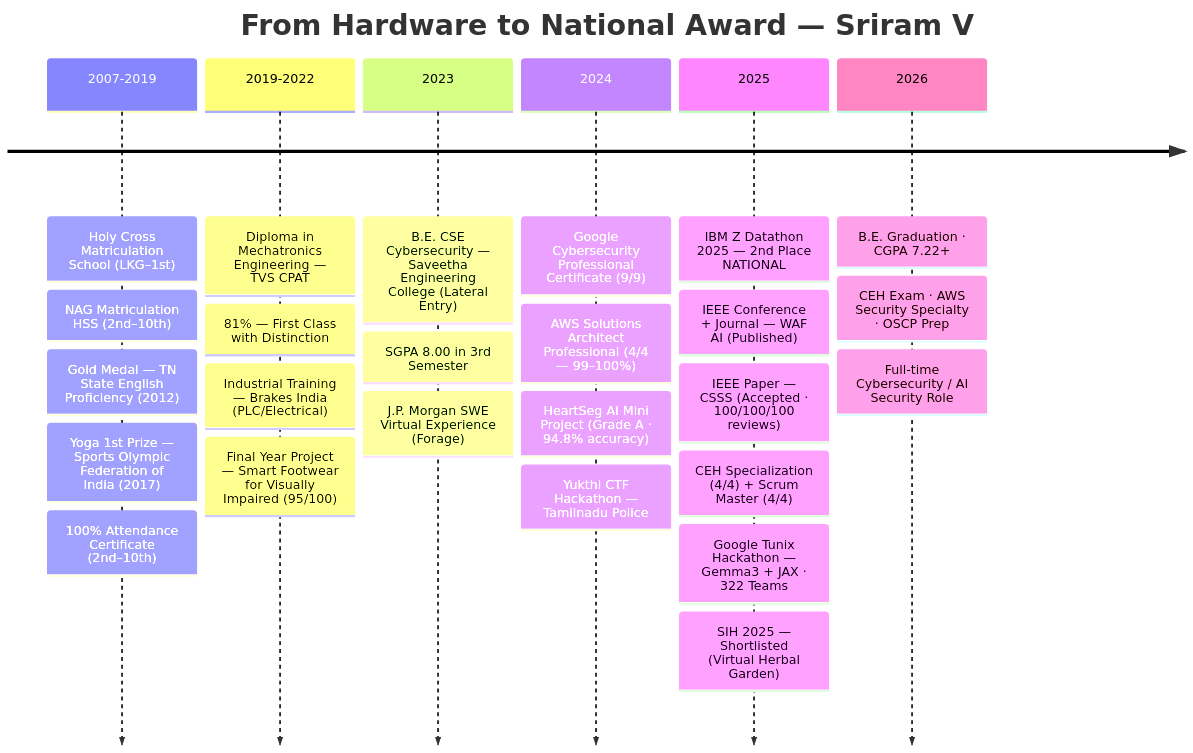
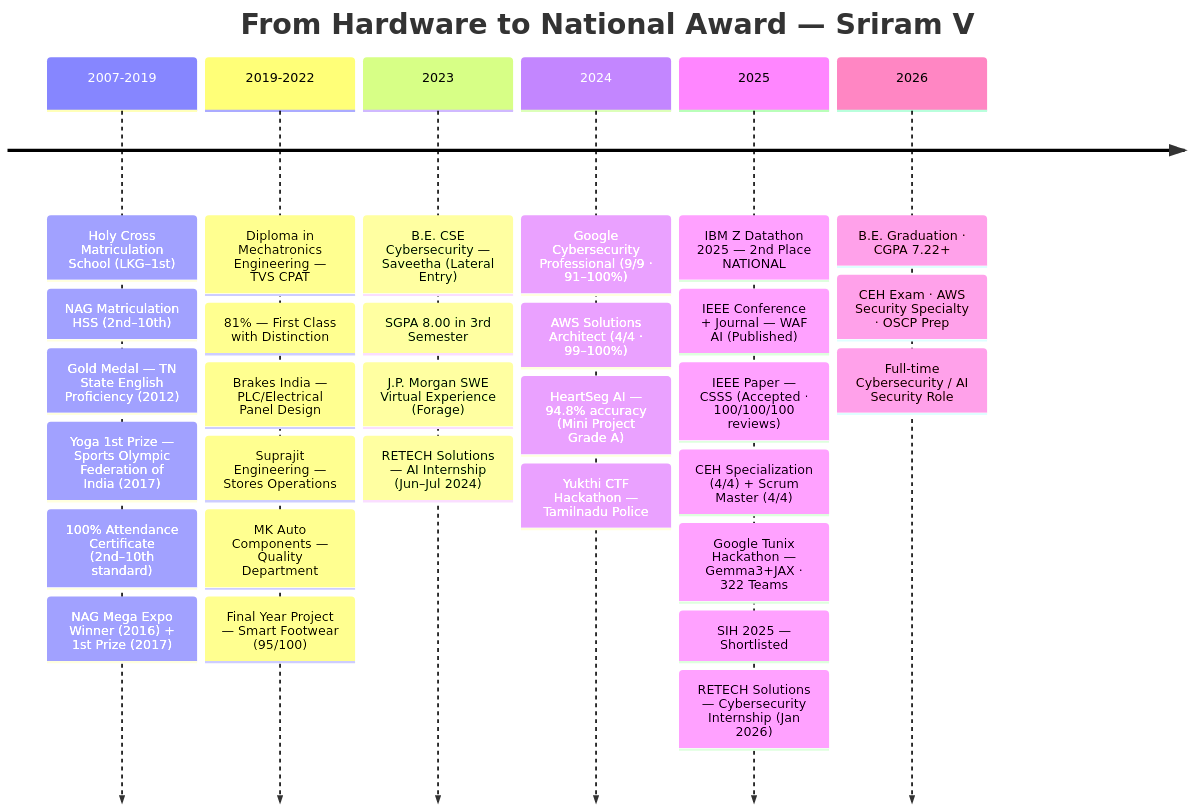
Before and after one commit to Testing-Projects-Demo/Testing-Projects-Demo: the diagram in README.md, drawn with Mermaid. The commit also changed other lines of this file, not shown here.

````diff
--- a/README.md
+++ b/README.md
@@ -400,29 +343,34 @@
 ```mermaid
 timeline
     title From Hardware to National Award — Sriram V
     2007-2019 : Holy Cross Matriculation School (LKG–1st)
               : NAG Matriculation HSS (2nd–10th)
               : Gold Medal — TN State English Proficiency (2012)
               : Yoga 1st Prize — Sports Olympic Federation of India (2017)
-              : 100% Attendance Certificate (2nd–10th)
+              : 100% Attendance Certificate (2nd–10th standard)
+              : NAG Mega Expo Winner (2016) + 1st Prize (2017)
     2019-2022 : Diploma in Mechatronics Engineering — TVS CPAT
               : 81% — First Class with Distinction
-              : Industrial Training — Brakes India (PLC/Electrical)
-              : Final Year Project — Smart Footwear for Visually Impaired (95/100)
-    2023      : B.E. CSE Cybersecurity — Saveetha Engineering College (Lateral Entry)
+              : Brakes India — PLC/Electrical Panel Design
+              : Suprajit Engineering — Stores Operations
+              : MK Auto Components — Quality Department
+              : Final Year Project — Smart Footwear (95/100)
+    2023      : B.E. CSE Cybersecurity — Saveetha (Lateral Entry)
               : SGPA 8.00 in 3rd Semester
               : J.P. Morgan SWE Virtual Experience (Forage)
-    2024      : Google Cybersecurity Professional Certificate (9/9)
-              : AWS Solutions Architect Professional (4/4 — 99–100%)
-              : HeartSeg AI Mini Project (Grade A · 94.8% accuracy)
+              : RETECH Solutions — AI Internship (Jun–Jul 2024)
+    2024      : Google Cybersecurity Professional (9/9 · 91–100%)
+              : AWS Solutions Architect (4/4 · 99–100%)
+              : HeartSeg AI — 94.8% accuracy (Mini Project Grade A)
               : Yukthi CTF Hackathon — Tamilnadu Police
     2025      : IBM Z Datathon 2025 — 2nd Place NATIONAL
               : IEEE Conference + Journal — WAF AI (Published)
               : IEEE Paper — CSSS (Accepted · 100/100/100 reviews)
               : CEH Specialization (4/4) + Scrum Master (4/4)
-              : Google Tunix Hackathon — Gemma3 + JAX · 322 Teams
-              : SIH 2025 — Shortlisted (Virtual Herbal Garden)
+              : Google Tunix Hackathon — Gemma3+JAX · 322 Teams
+              : SIH 2025 — Shortlisted
+              : RETECH Solutions — Cybersecurity Internship (Jan 2026)
     2026      : B.E. Graduation · CGPA 7.22+
               : CEH Exam · AWS Security Specialty · OSCP Prep
               : Full-time Cybersecurity / AI Security Role
 ```
````
